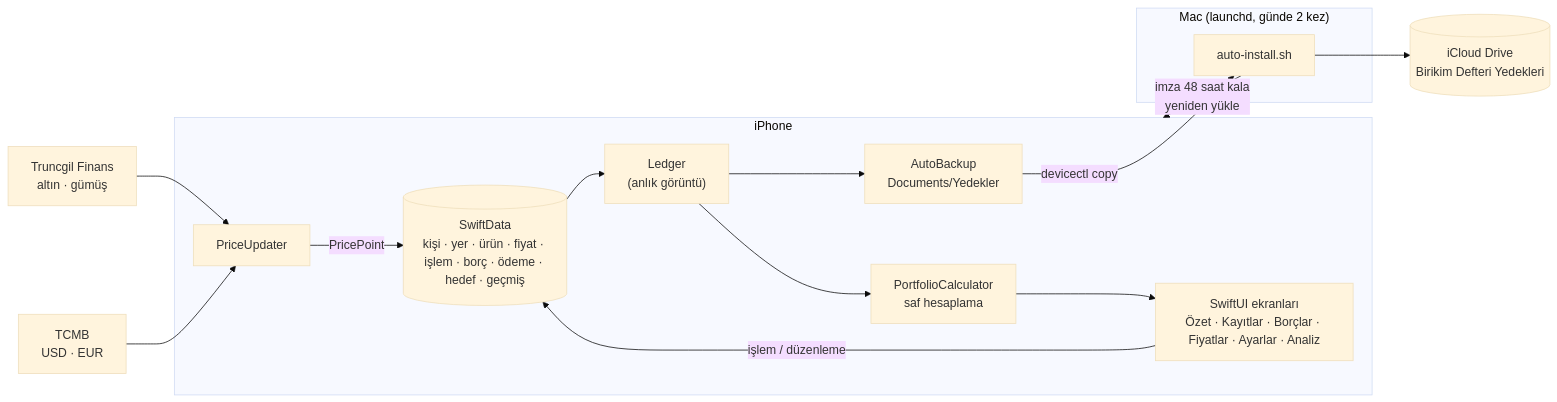
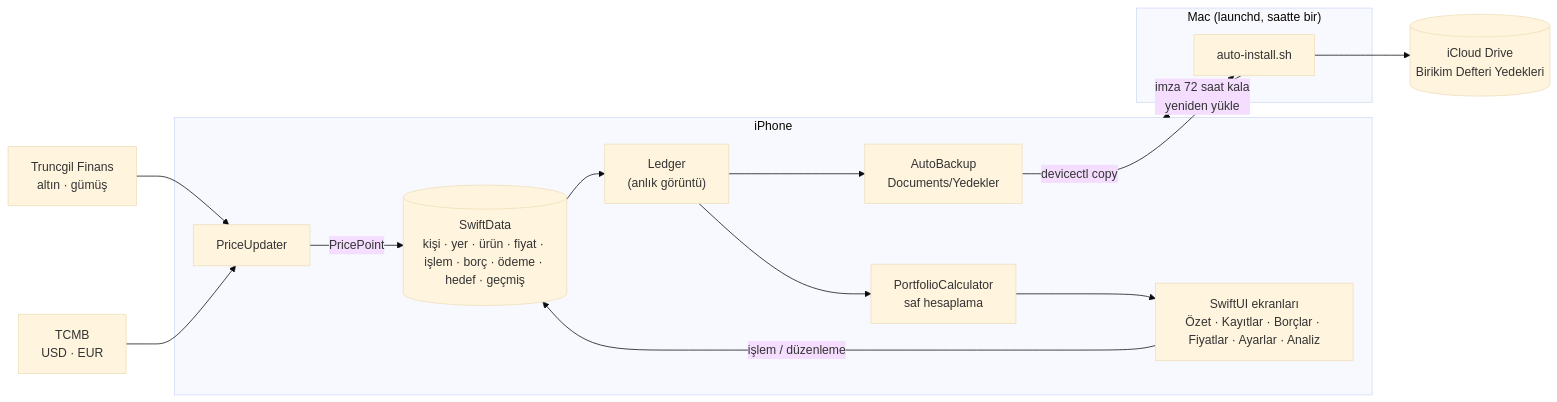
The second of 2 diagrams in README.md (kadirtuna/BirikimDefteri), drawn with Mermaid (base theme) before and after one commit. The commit also changed other lines of this file and 3 other files, not shown here.

First line of the commit message:
İmza yenileme: gerçek sebebi söyle, saatte bir dene

````diff
--- a/README.md
+++ b/README.md
@@ -282,22 +282,22 @@
 ```mermaid
 flowchart LR
     subgraph Cihaz["iPhone"]
         SD[("SwiftData<br/>kişi · yer · ürün · fiyat · işlem · borç · ödeme · hedef · geçmiş")]
         L["Ledger<br/>(anlık görüntü)"]
         PC["PortfolioCalculator<br/>saf hesaplama"]
         UI["SwiftUI ekranları<br/>Özet · Kayıtlar · Borçlar · Fiyatlar · Ayarlar · Analiz"]
         PU["PriceUpdater"]
         AB["AutoBackup<br/>Documents/Yedekler"]
         SD --> L --> PC --> UI
         UI -- "işlem / düzenleme" --> SD
         PU -- "PricePoint" --> SD
         L --> AB
     end
     TR["Truncgil Finans<br/>altın · gümüş"] --> PU
     TC["TCMB<br/>USD · EUR"] --> PU
-    subgraph Mac["Mac (launchd, günde 2 kez)"]
+    subgraph Mac["Mac (launchd, saatte bir)"]
         AI["auto-install.sh"]
     end
     AB -- "devicectl copy" --> AI --> IC[("iCloud Drive<br/>Birikim Defteri Yedekleri")]
-    AI -- "imza 48 saat kala<br/>yeniden yükle" --> Cihaz
+    AI -- "imza 72 saat kala<br/>yeniden yükle" --> Cihaz
 ```
````
